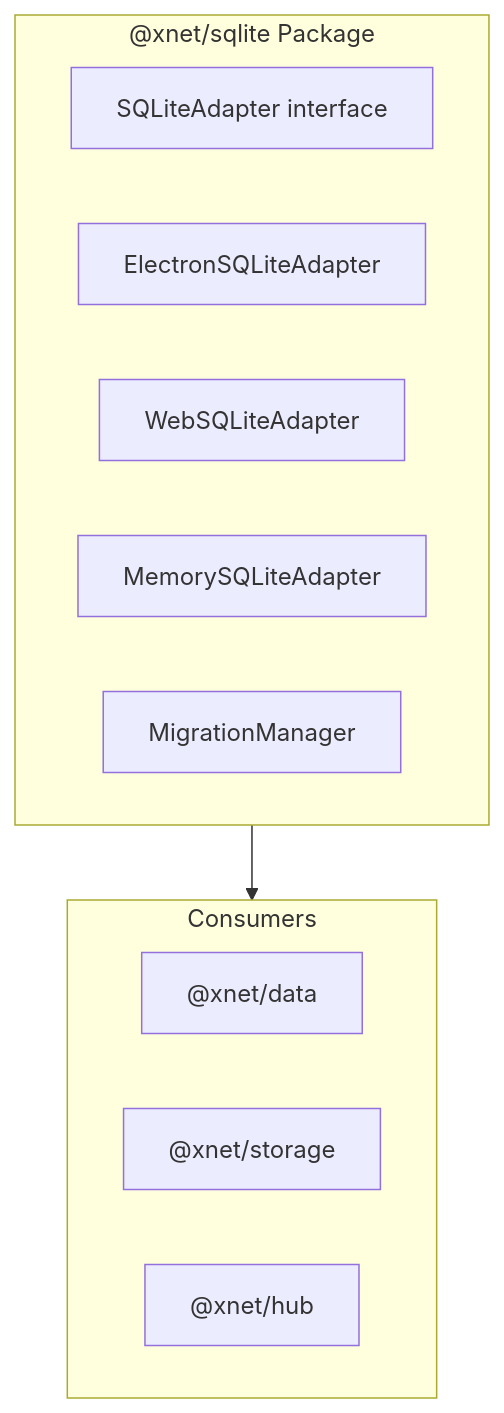
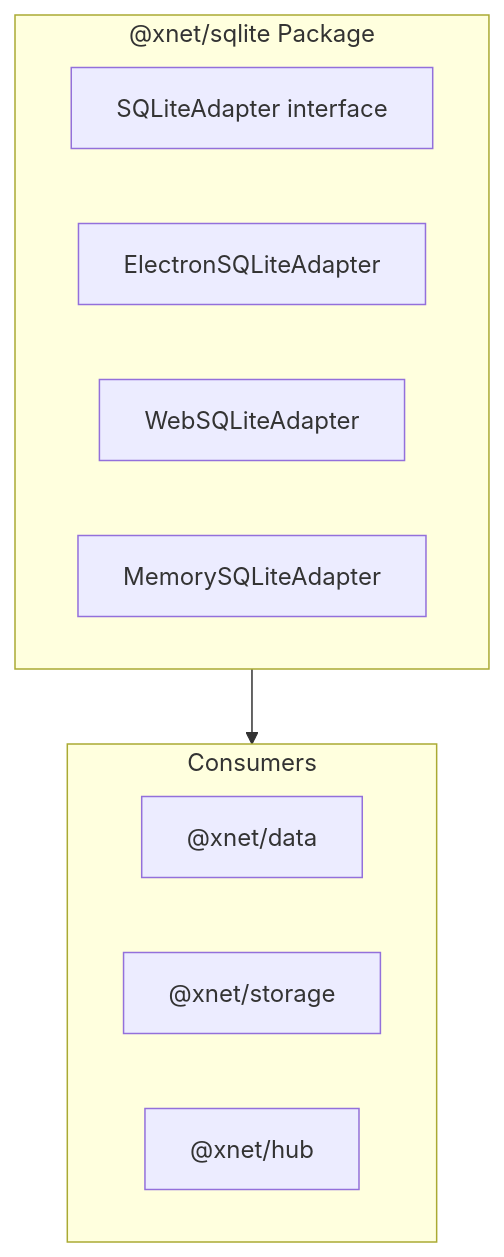
Diagram 13 of 16 in docs/explorations/0072_INDEXEDDB_TO_SQLITE_MIGRATION.md (crs48/xNet), drawn with Mermaid before and after one commit. The commit also changed other lines of this file, not shown here.

````diff
--- a/docs/explorations/0072_INDEXEDDB_TO_SQLITE_MIGRATION.md
+++ b/docs/explorations/0072_INDEXEDDB_TO_SQLITE_MIGRATION.md
@@ -708,18 +597,17 @@
 ```mermaid
 flowchart TB
     subgraph New["@xnet/sqlite Package"]
         Interface["SQLiteAdapter interface"]
         Electron["ElectronSQLiteAdapter"]
         Web["WebSQLiteAdapter"]
         Memory["MemorySQLiteAdapter"]
-        Migration["MigrationManager"]
     end
 
     subgraph Consumers["Consumers"]
         DataPkg["@xnet/data"]
         StoragePkg["@xnet/storage"]
         HubPkg["@xnet/hub"]
     end
 
     New --> Consumers
 ```
````
